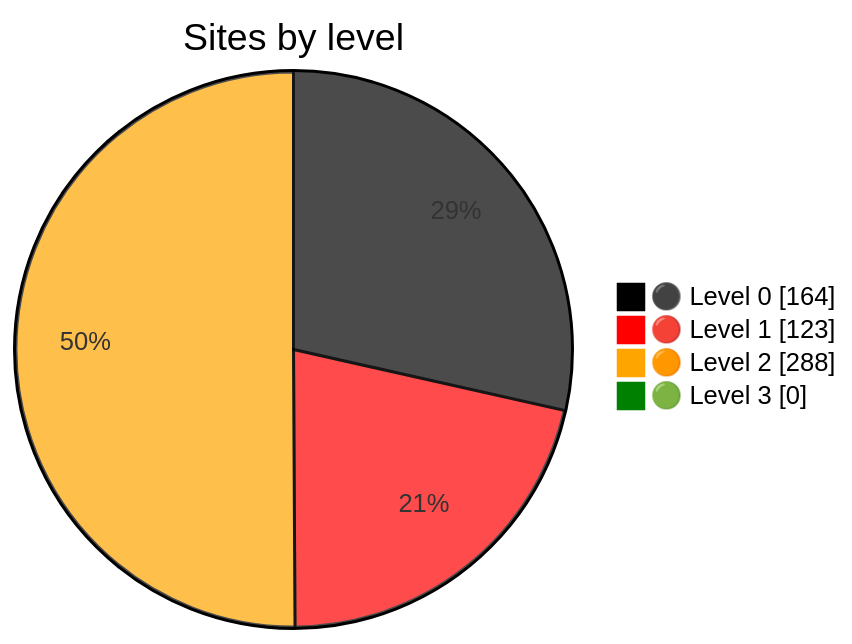
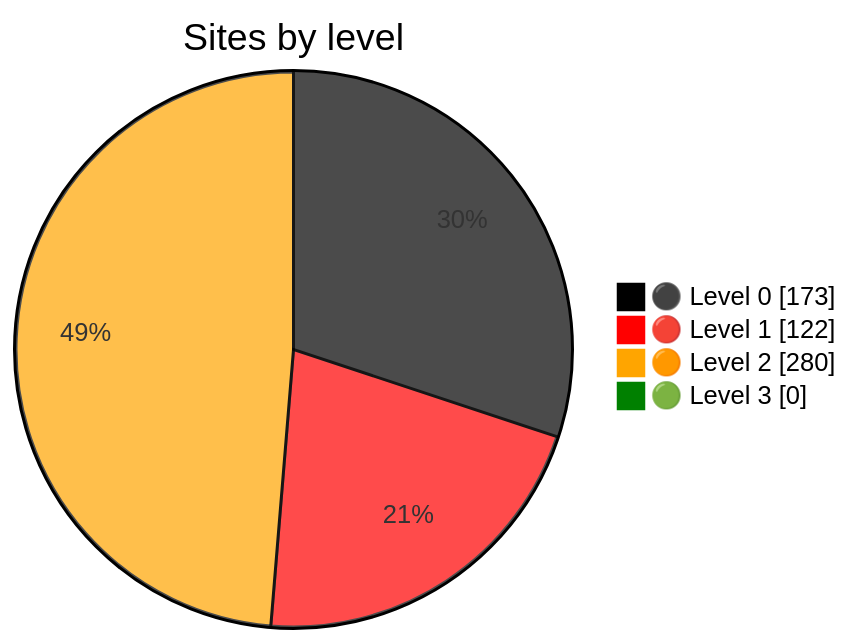
One commit to nuuuwan/gov_lk_web_auditor changed the diagram in README.md. Above: the diagram before and after it, drawn with Mermaid. The commit also changed other lines of this file and 2602 other files, not shown here.

````diff
--- a/README.md
+++ b/README.md
@@ -24,9 +24,9 @@
 ```mermaid
 %%{init: {"themeVariables":{"pie1":"black","pie2":"red","pie3":"orange","pie4":"green"}}}%%
 pie showData
     title Sites by level
-    "⚫ Level 0" : 164
-    "🔴 Level 1" : 123
-    "🟠 Level 2" : 288
+    "⚫ Level 0" : 173
+    "🔴 Level 1" : 122
+    "🟠 Level 2" : 280
     "🟢 Level 3" : 0
 ```
````
